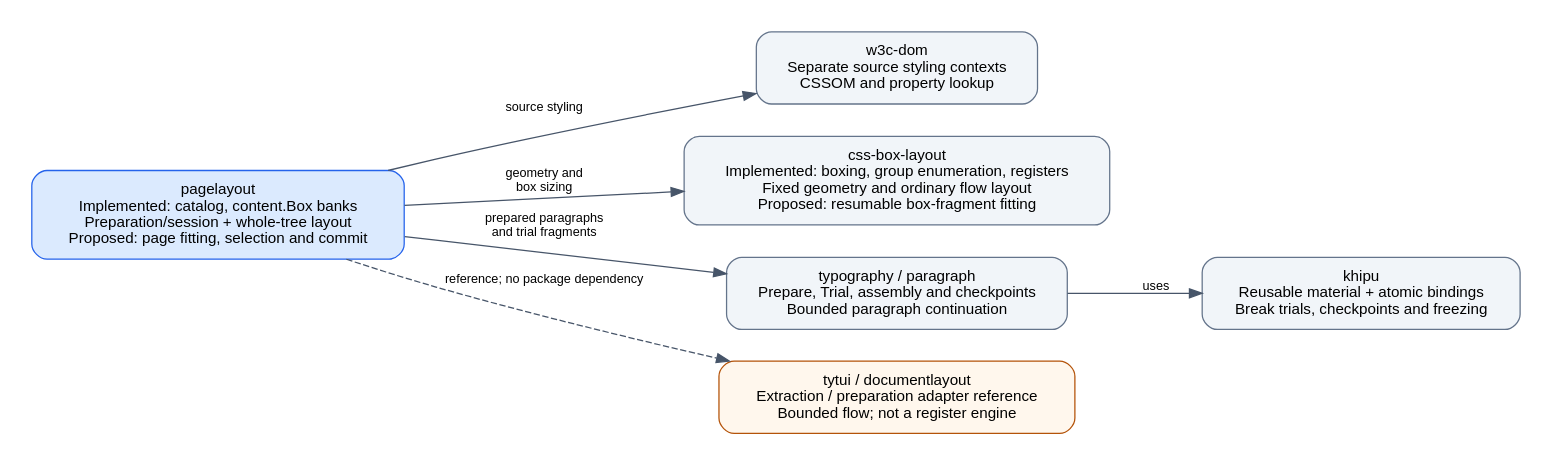
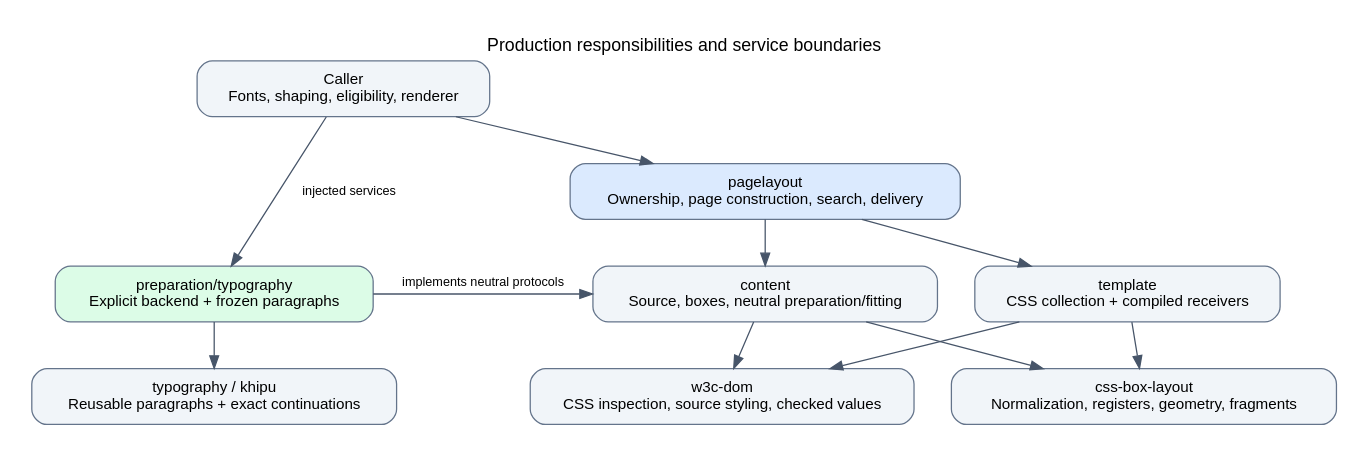
Before and after one commit to npillmayer/pagelayout: the diagram in doc/diagrams/design-packages.dot, drawn with Graphviz. The commit also changed 77 other files, not shown here.

```diff
--- a/doc/diagrams/design-packages.dot
+++ b/doc/diagrams/design-packages.dot
@@ -1,23 +1,27 @@
-digraph Packages {
-  graph [rankdir=LR, bgcolor="white", pad=0.25, nodesep=0.35, ranksep=0.7,
-         fontname="Helvetica", fontsize=12];
+digraph Layout {
+  graph [rankdir=TB, bgcolor="white", pad=0.25, nodesep=0.4, ranksep=0.5,
+         fontname="Helvetica", fontsize=14];
   node [shape=box, style="rounded,filled", fillcolor="#f1f5f9", color="#64748b",
         fontname="Helvetica", fontsize=12, margin="0.18,0.12"];
   edge [color="#475569", fontname="Helvetica", fontsize=10];
-
-  page [label="pagelayout\nImplemented: catalog, content.Box banks\nPreparation/session + whole-tree layout\nProposed: page fitting, selection and commit",
-        fillcolor="#dbeafe", color="#2563eb"];
-  dom [label="w3c-dom\nSeparate source styling contexts\nCSSOM and property lookup"];
-  boxes [label="css-box-layout\nImplemented: boxing, group enumeration, registers\nFixed geometry and ordinary flow layout\nProposed: resumable box-fragment fitting"];
-  type [label="typography / paragraph\nPrepare, Trial, assembly and checkpoints\nBounded paragraph continuation"];
-  khipu [label="khipu\nReusable material + atomic bindings\nBreak trials, checkpoints and freezing"];
-  reference [label="tytui / documentlayout\nExtraction / preparation adapter reference\nBounded flow; not a register engine",
-             fillcolor="#fff7ed", color="#b45309"];
-
-  page -> dom [label="source styling"];
-  page -> boxes [label="geometry and\nbox sizing"];
-  page -> type [label="prepared paragraphs\nand trial fragments"];
-  type -> khipu [label="uses"];
-  page -> reference [label="reference; no package dependency", style=dashed];
-  { rank=same; dom; boxes; type; reference; }
+  graph [label="Production responsibilities and service boundaries", labelloc=t];
+  caller [label="Caller\nFonts, shaping, eligibility, renderer"];
+  root [label="pagelayout\nOwnership, page construction, search, delivery", fillcolor="#dbeafe"];
+  content [label="content\nSource, boxes, neutral preparation/fitting"];
+  template [label="template\nCSS collection + compiled receivers"];
+  bridge [label="preparation/typography\nExplicit backend + frozen paragraphs", fillcolor="#dcfce7"];
+  boxes [label="css-box-layout\nNormalization, registers, geometry, fragments"];
+  dom [label="w3c-dom\nCSS inspection, source styling, checked values"];
+  typography [label="typography / khipu\nReusable paragraphs + exact continuations"];
+  caller -> root;
+  caller -> bridge [label="injected services"];
+  root -> content;
+  root -> template;
+  bridge -> content [label="implements neutral protocols"];
+  bridge -> typography;
+  content -> boxes;
+  content -> dom;
+  template -> boxes;
+  template -> dom;
+  { rank=same; content; template; bridge; }
 }
```
